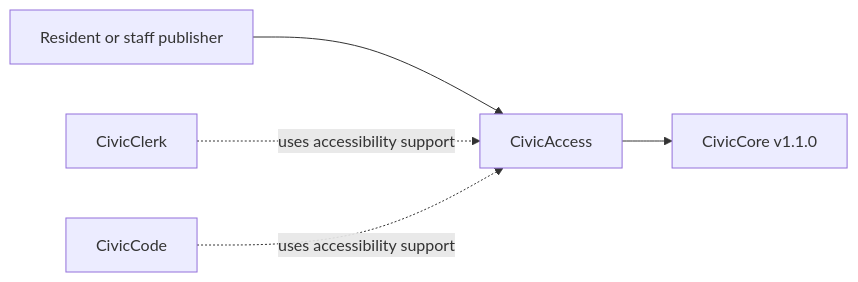
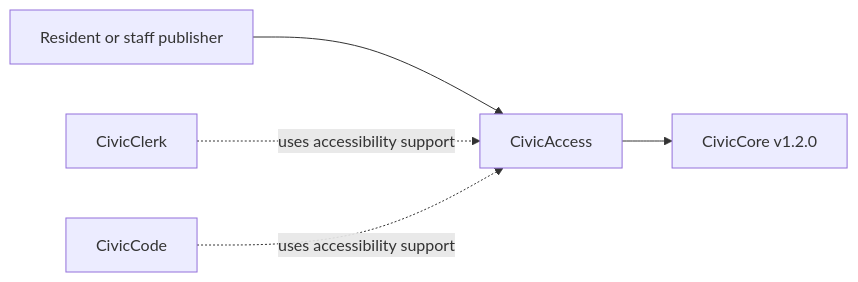
The diagram in USER-MANUAL.md (CivicSuite/civicaccess), drawn with Mermaid before and after one commit. The commit also changed other lines of this file and 11 other files, not shown here.

````diff
--- a/USER-MANUAL.md
+++ b/USER-MANUAL.md
@@ -38,7 +39,7 @@
 ```mermaid
 flowchart LR
   PublicUser["Resident or staff publisher"] --> CivicAccess["CivicAccess"]
-  CivicAccess --> CivicCore["CivicCore v1.1.0"]
+  CivicAccess --> CivicCore["CivicCore v1.2.0"]
   CivicClerk["CivicClerk"] -. uses accessibility support .-> CivicAccess
   CivicCode["CivicCode"] -. uses accessibility support .-> CivicAccess
 ```
````
